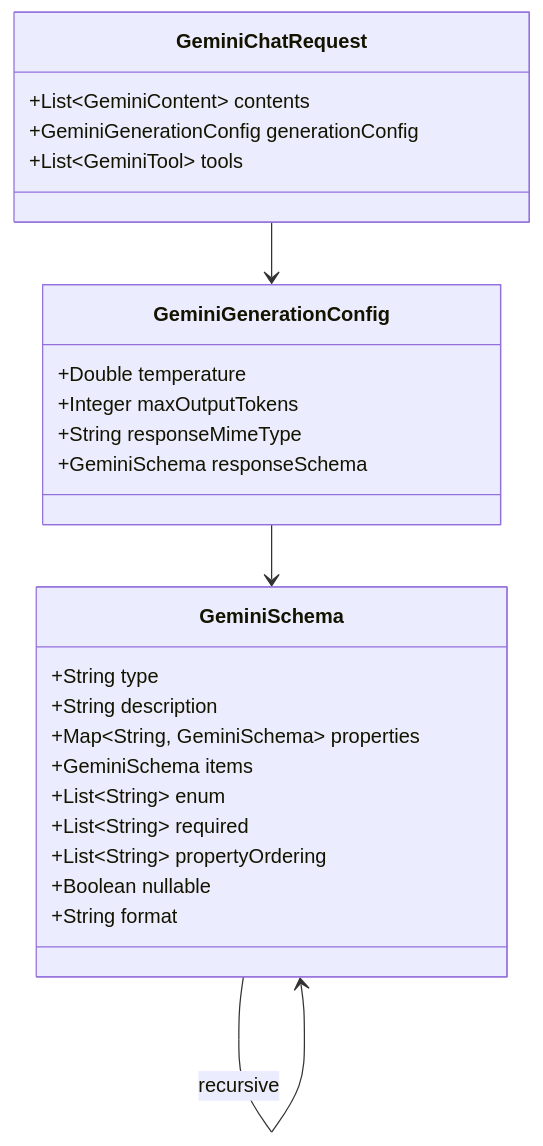
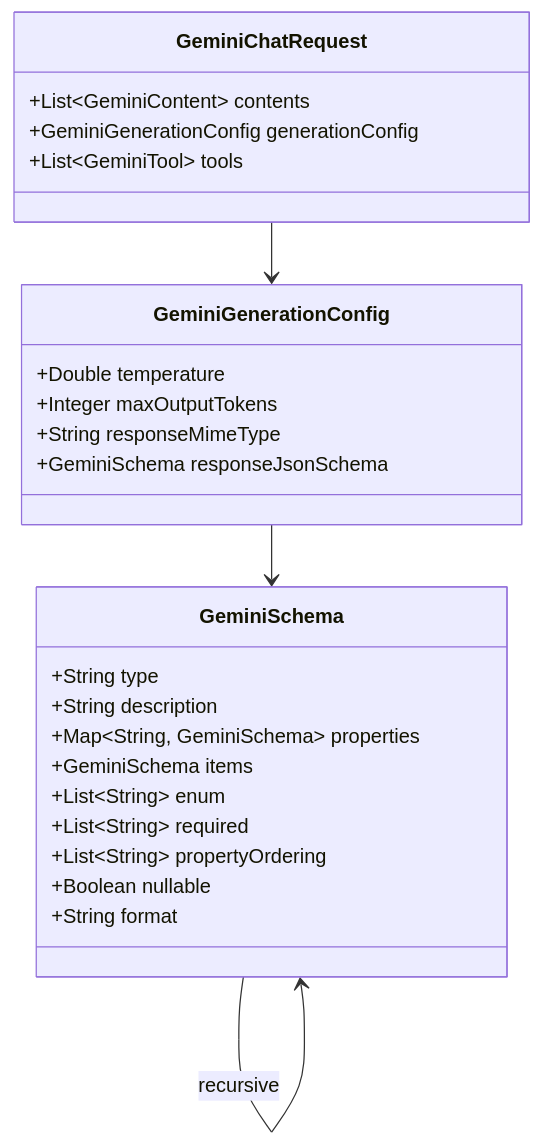
The seventh of 19 diagrams in docs/STRUCTURED_OUTPUTS_IMPLEMENTATION.md (driftkit-ai/driftkit-framework), drawn with Mermaid before and after one commit. The commit also changed other lines of this file and 5 other files, not shown here.

````diff
--- a/docs/STRUCTURED_OUTPUTS_IMPLEMENTATION.md
+++ b/docs/STRUCTURED_OUTPUTS_IMPLEMENTATION.md
@@ -240,31 +233,31 @@
 ```mermaid
 classDiagram
     class GeminiChatRequest {
         +List~GeminiContent~ contents
         +GeminiGenerationConfig generationConfig
         +List~GeminiTool~ tools
     }
 
     class GeminiGenerationConfig {
         +Double temperature
         +Integer maxOutputTokens
         +String responseMimeType
-        +GeminiSchema responseSchema
+        +GeminiSchema responseJsonSchema
     }
 
     class GeminiSchema {
         +String type
         +String description
         +Map~String, GeminiSchema~ properties
         +GeminiSchema items
         +List~String~ enum
         +List~String~ required
         +List~String~ propertyOrdering
         +Boolean nullable
         +String format
     }
 
     GeminiChatRequest --> GeminiGenerationConfig
     GeminiGenerationConfig --> GeminiSchema
     GeminiSchema --> GeminiSchema : recursive
 ```
````
